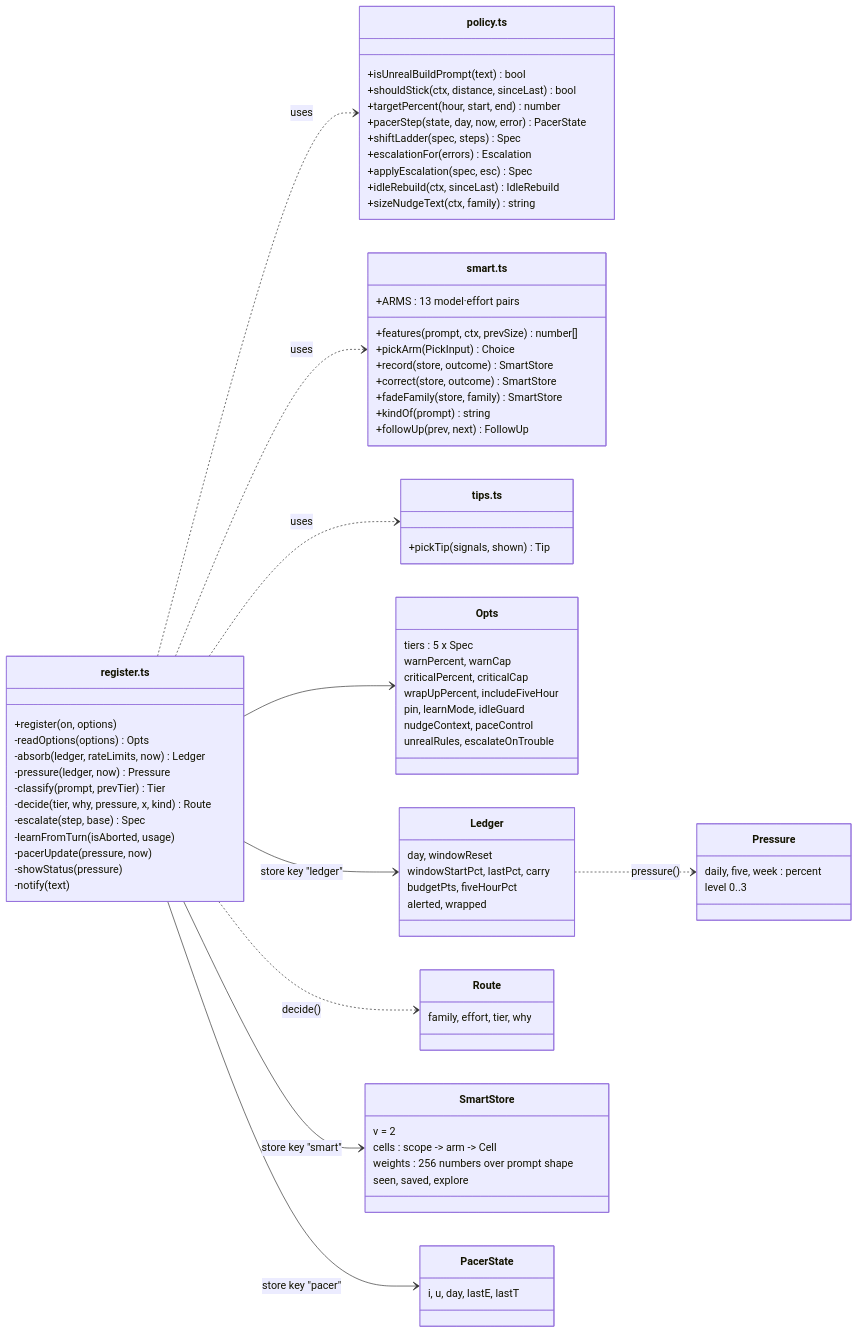
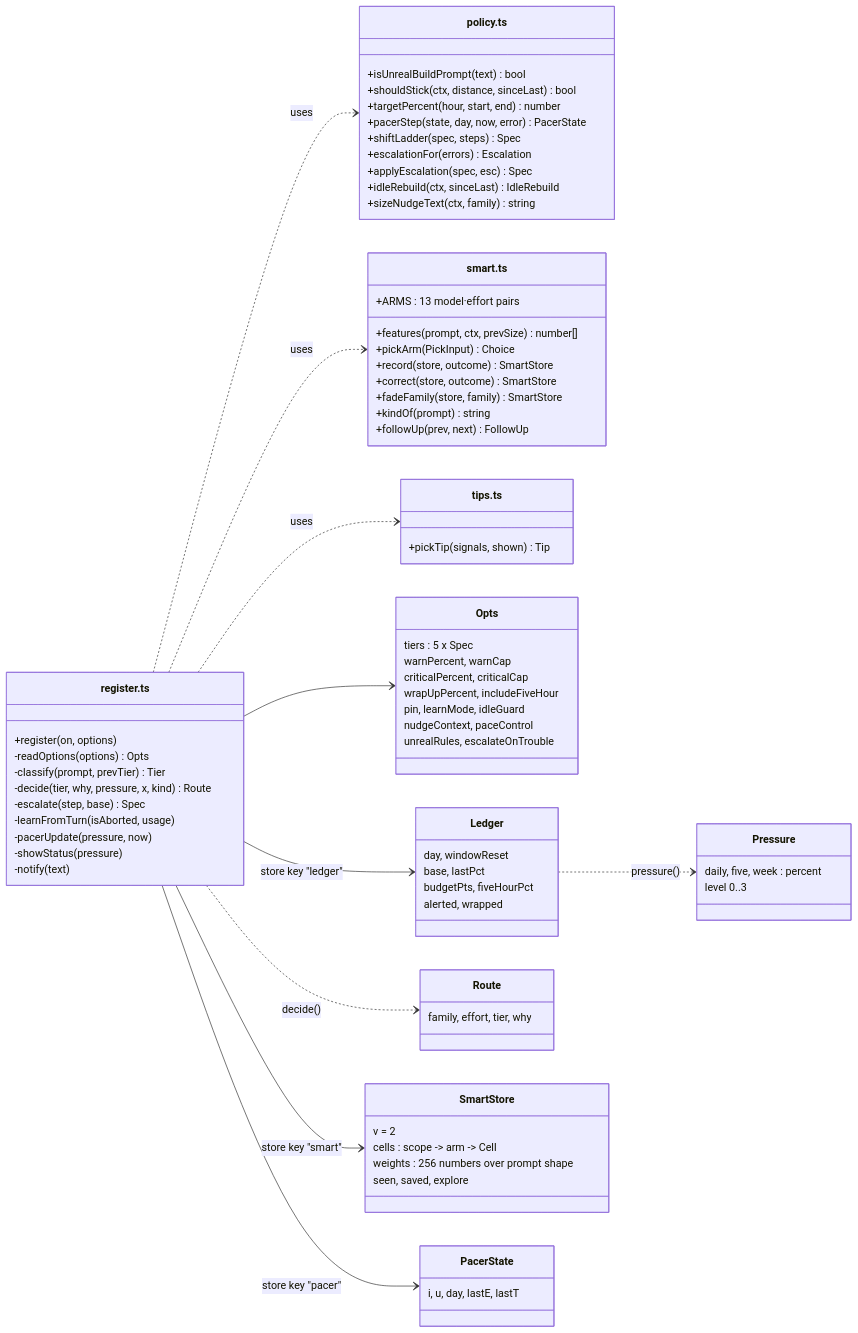
Before and after one commit to ValhalaStudio/budget-router-kit: the second of 6 diagrams in plugins/budget-router/ARCHITECTURE.md, drawn with Mermaid. The commit also changed other lines of this file and 3 other files, not shown here.

Commit message:
Ledger moves to ledger.ts: one base figure instead of start and carry, older stored ledgers read to the same numbers, 10 new tests

````diff
--- a/plugins/budget-router/ARCHITECTURE.md
+++ b/plugins/budget-router/ARCHITECTURE.md
@@ -48,81 +51,79 @@
 ```mermaid
 classDiagram
   direction LR
   class Register["register.ts"] {
     +register(on, options)
     -readOptions(options) Opts
-    -absorb(ledger, rateLimits, now) Ledger
-    -pressure(ledger, now) Pressure
     -classify(prompt, prevTier) Tier
     -decide(tier, why, pressure, x, kind) Route
     -escalate(step, base) Spec
     -learnFromTurn(isAborted, usage)
     -pacerUpdate(pressure, now)
     -showStatus(pressure)
     -notify(text)
   }
   class Policy["policy.ts"] {
     +isUnrealBuildPrompt(text) bool
     +shouldStick(ctx, distance, sinceLast) bool
     +targetPercent(hour, start, end) number
     +pacerStep(state, day, now, error) PacerState
     +shiftLadder(spec, steps) Spec
     +escalationFor(errors) Escalation
     +applyEscalation(spec, esc) Spec
     +idleRebuild(ctx, sinceLast) IdleRebuild
     +sizeNudgeText(ctx, family) string
   }
   class Smart["smart.ts"] {
     +ARMS : 13 model·effort pairs
     +features(prompt, ctx, prevSize) number[]
     +pickArm(PickInput) Choice
     +record(store, outcome) SmartStore
     +correct(store, outcome) SmartStore
     +fadeFamily(store, family) SmartStore
     +kindOf(prompt) string
     +followUp(prev, next) FollowUp
   }
   class Tips["tips.ts"] {
     +pickTip(signals, shown) Tip
   }
   class Opts {
     tiers : 5 x Spec
     warnPercent, warnCap
     criticalPercent, criticalCap
     wrapUpPercent, includeFiveHour
     pin, learnMode, idleGuard
     nudgeContext, paceControl
     unrealRules, escalateOnTrouble
   }
   class Ledger {
     day, windowReset
-    windowStartPct, lastPct, carry
+    base, lastPct
     budgetPts, fiveHourPct
     alerted, wrapped
   }
   class Pressure {
     daily, five, week : percent
     level 0..3
   }
   class Route {
     family, effort, tier, why
   }
   class SmartStore {
     v = 2
     cells : scope -> arm -> Cell
     weights : 256 numbers over prompt shape
     seen, saved, explore
   }
   class PacerState {
     i, u, day, lastE, lastT
   }
   Register ..> Policy : uses
   Register ..> Smart : uses
   Register ..> Tips : uses
   Register --> Opts
   Register --> Ledger : store key "ledger"
   Register --> SmartStore : store key "smart"
   Register --> PacerState : store key "pacer"
   Ledger ..> Pressure : pressure()
   Register ..> Route : decide()
 ```
````
